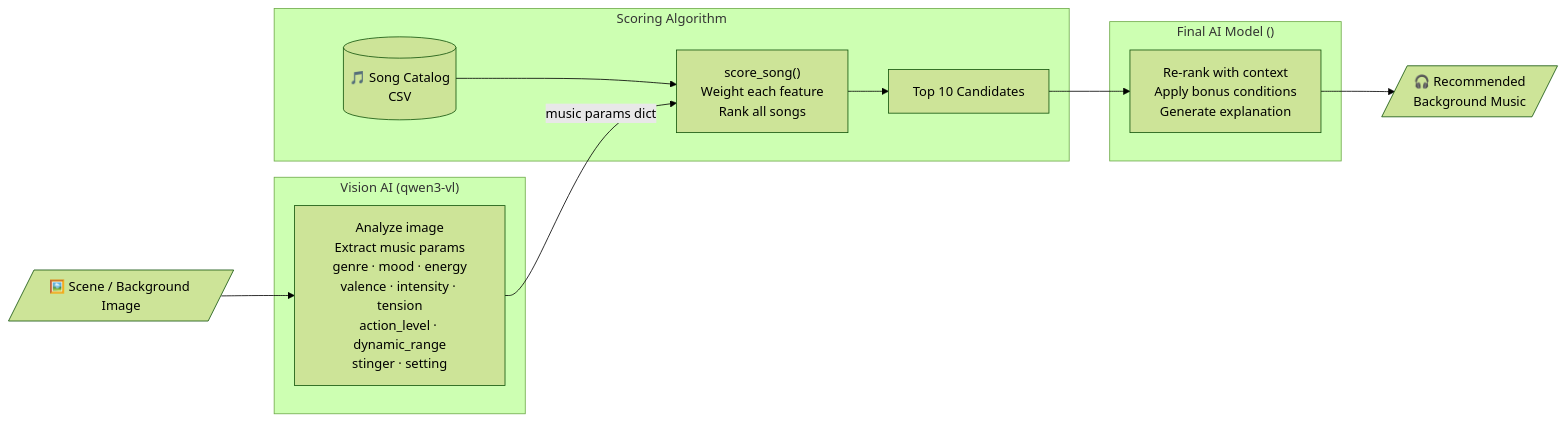
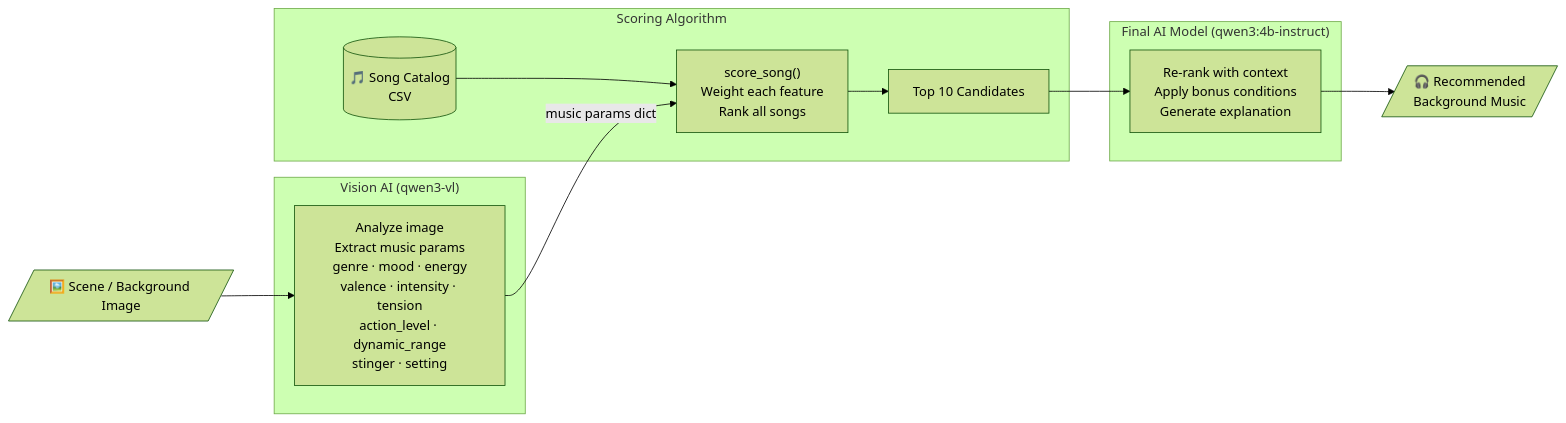
One commit to CrazyMageRainy/ai-background-soundtrack-suggester-project changed the first of 2 diagrams in README.md. Above: the diagram before and after it, drawn with Mermaid (forest theme). The commit also changed other lines of this file, not shown here.

````diff
--- a/README.md
+++ b/README.md
@@ -23,24 +28,24 @@
 ```mermaid
 flowchart LR
     IMG[/"🖼️ Scene / Background Image"/]
 
     subgraph Vision ["Vision AI (qwen3-vl)"]
         VA["Analyze image\nExtract music params\ngenre · mood · energy\nvalence · intensity · tension\naction_level · dynamic_range\nstinger · setting"]
     end
 
     subgraph Scorer ["Scoring Algorithm"]
         CSV[("🎵 Song Catalog\nCSV")]
         SC["score_song()\nWeight each feature\nRank all songs"]
         TOP["Top 10 Candidates"]
         CSV --> SC --> TOP
     end
 
-    subgraph LLM ["Final AI Model ()"]
+    subgraph LLM ["Final AI Model (qwen3:4b-instruct)"]
         RE["Re-rank with context\nApply bonus conditions\nGenerate explanation"]
     end
 
     OUT[/"🎧 Recommended\nBackground Music"/]
 
     IMG --> VA -->|"music params dict"| SC
     TOP --> RE --> OUT
 ```
````
